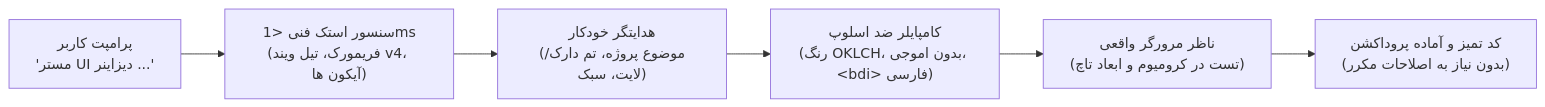
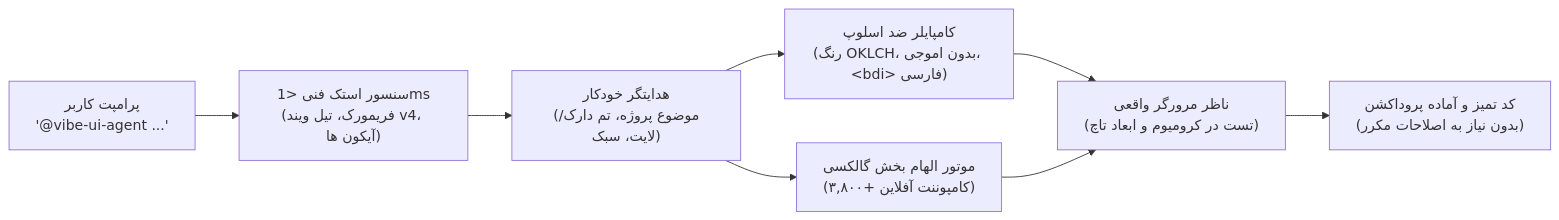
The diagram in README.fa.md (omid-io/vibe-ui-suite), drawn with Mermaid before and after one commit. The commit also changed other lines of this file and 27 other files, not shown here.

````diff
--- a/README.fa.md
+++ b/README.fa.md
@@ -85,8 +85,10 @@
 ```mermaid
 flowchart LR
-    User["پرامپت کاربر<br/>'مستر UI دیزاینر ...'"] --> Sensor["سنسور استک فنی &lt;1ms<br/>(فریمورک، تیل ویند v4، آیکون ها)"]
+    User["پرامپت کاربر<br/>'@vibe-ui-agent ...'"] --> Sensor["سنسور استک فنی &lt;1ms<br/>(فریمورک، تیل ویند v4، آیکون ها)"]
     Sensor --> Director["هدایتگر خودکار<br/>(موضوع پروژه، تم دارک/لایت، سبک)"]
     Director --> AntiSlop["کامپایلر ضد اسلوپ<br/>(رنگ OKLCH، بدون اموجی، &lt;bdi&gt; فارسی)"]
+    Director --> Galaxy["موتور الهام بخش گالکسی<br/>(۳,۸۰۰+ کامپوننت آفلاین)"]
     AntiSlop --> ClosedLoop["ناظر مرورگر واقعی<br/>(تست در کرومیوم و ابعاد تاچ)"]
+    Galaxy --> ClosedLoop
     ClosedLoop --> Output["کد تمیز و آماده پروداکشن<br/>(بدون نیاز به اصلاحات مکرر)"]
 ```
````
